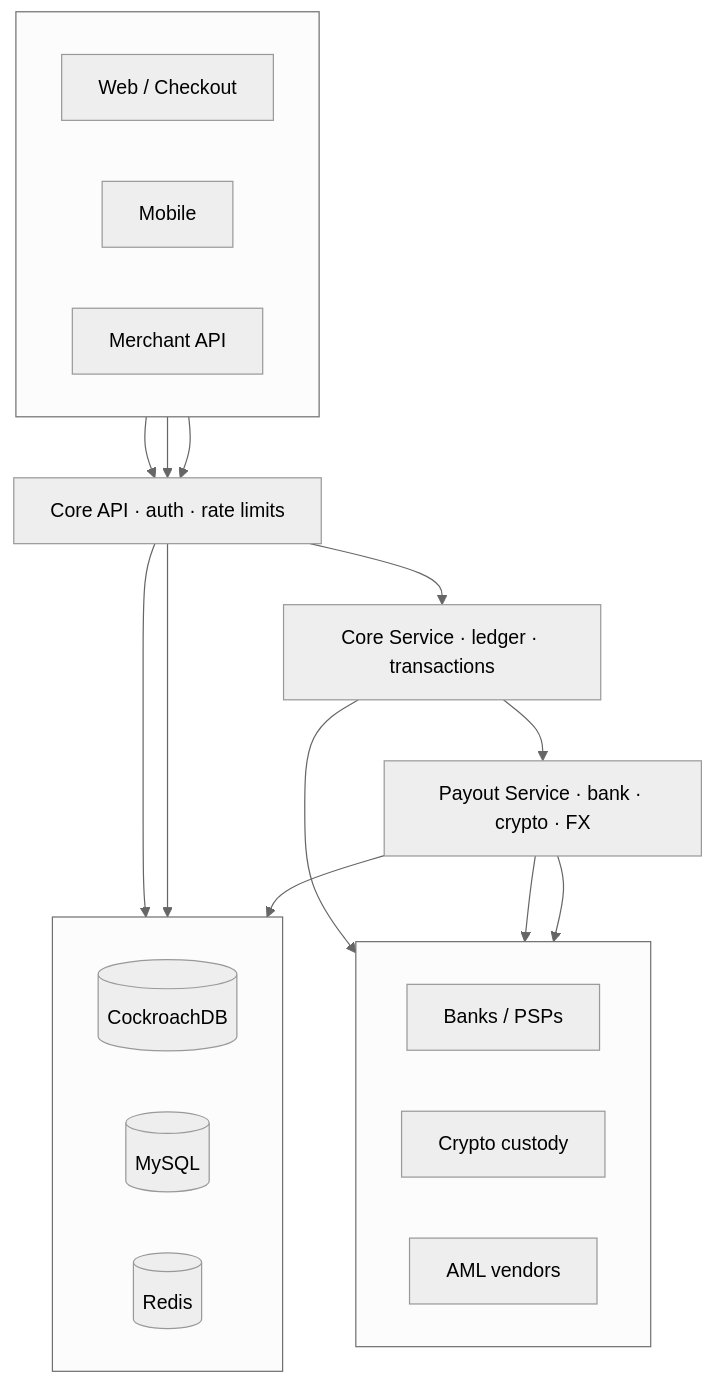
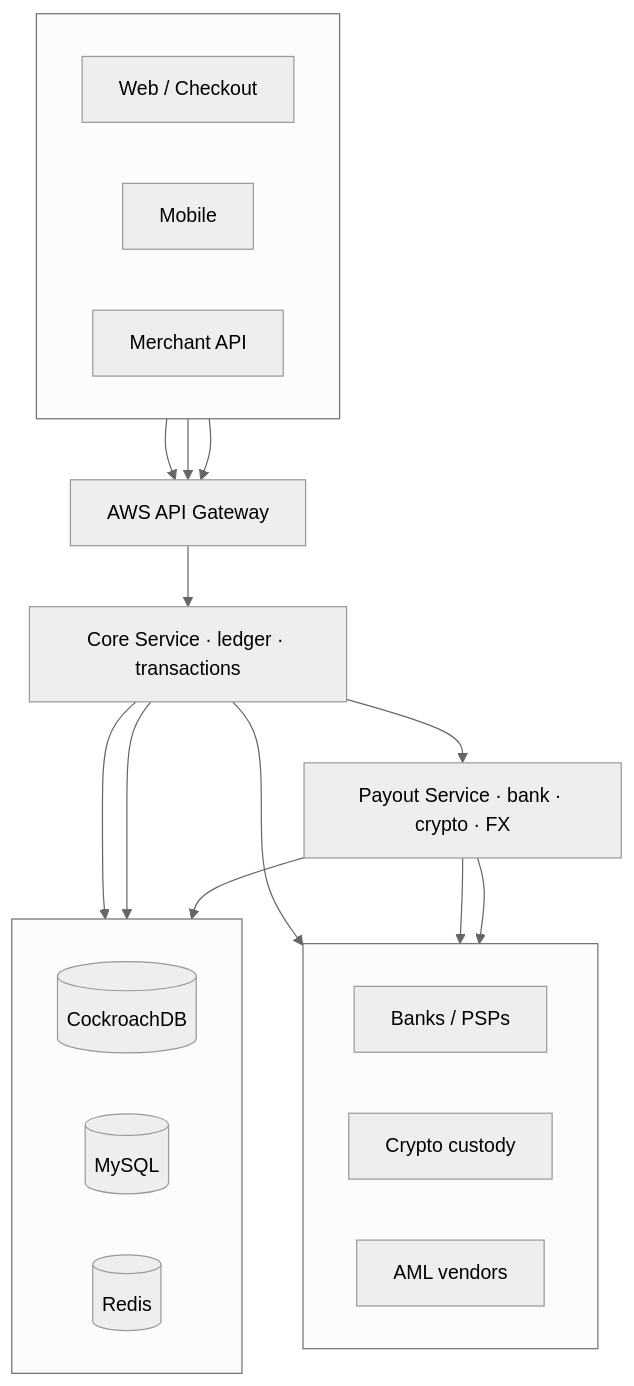
The diagram in README.md (Aibier/Aibier), drawn with Mermaid (neutral theme) before and after one commit.

Commit message:
Center Core Service in architecture diagram, rename gateway to AWS API Gateway
Clients -> AWS API Gateway -> Core Service now form a straight vertical
spine. Core Service (not the gateway) owns the data-store connections,
so the gateway is a pure routing/auth layer and Core Service centers
naturally above its downstream branches (Payout Service, AML, data).

Claude-Session: https://claude.ai/code/session_01HTw5qN9j4NwLPo9VjjNsmk

````diff
--- a/README.md
+++ b/README.md
@@ -96,39 +96,39 @@
 ```mermaid
 flowchart TB
  subgraph clients[" "]
  direction LR
  A[Web / Checkout]
  B[Mobile]
  C[Merchant API]
  end
 
- API[Core API · auth · rate limits]
+ API[AWS API Gateway]
  CORE[Core Service · ledger · transactions]
  PAY[Payout Service · bank · crypto · FX]
 
  subgraph external[" "]
  direction LR
  D[Banks / PSPs]
  E[Crypto custody]
  F[AML vendors]
  end
 
  subgraph data[" "]
  direction LR
  G[(CockroachDB)]
  H[(MySQL)]
  I[(Redis)]
  end
 
  A --> API
  B --> API
  C --> API
  API --> CORE
  CORE --> PAY
  CORE --> F
+ CORE --> G
+ CORE --> I
  PAY --> D
  PAY --> E
- API --> G
- API --> I
  PAY --> H
 ```
````
